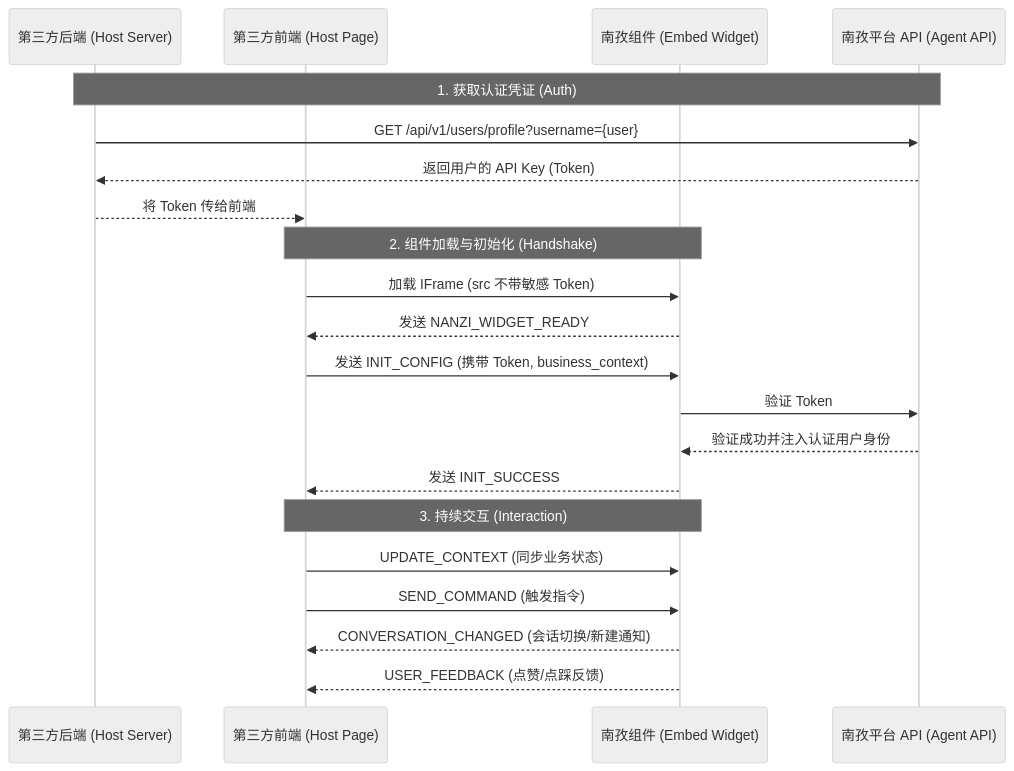
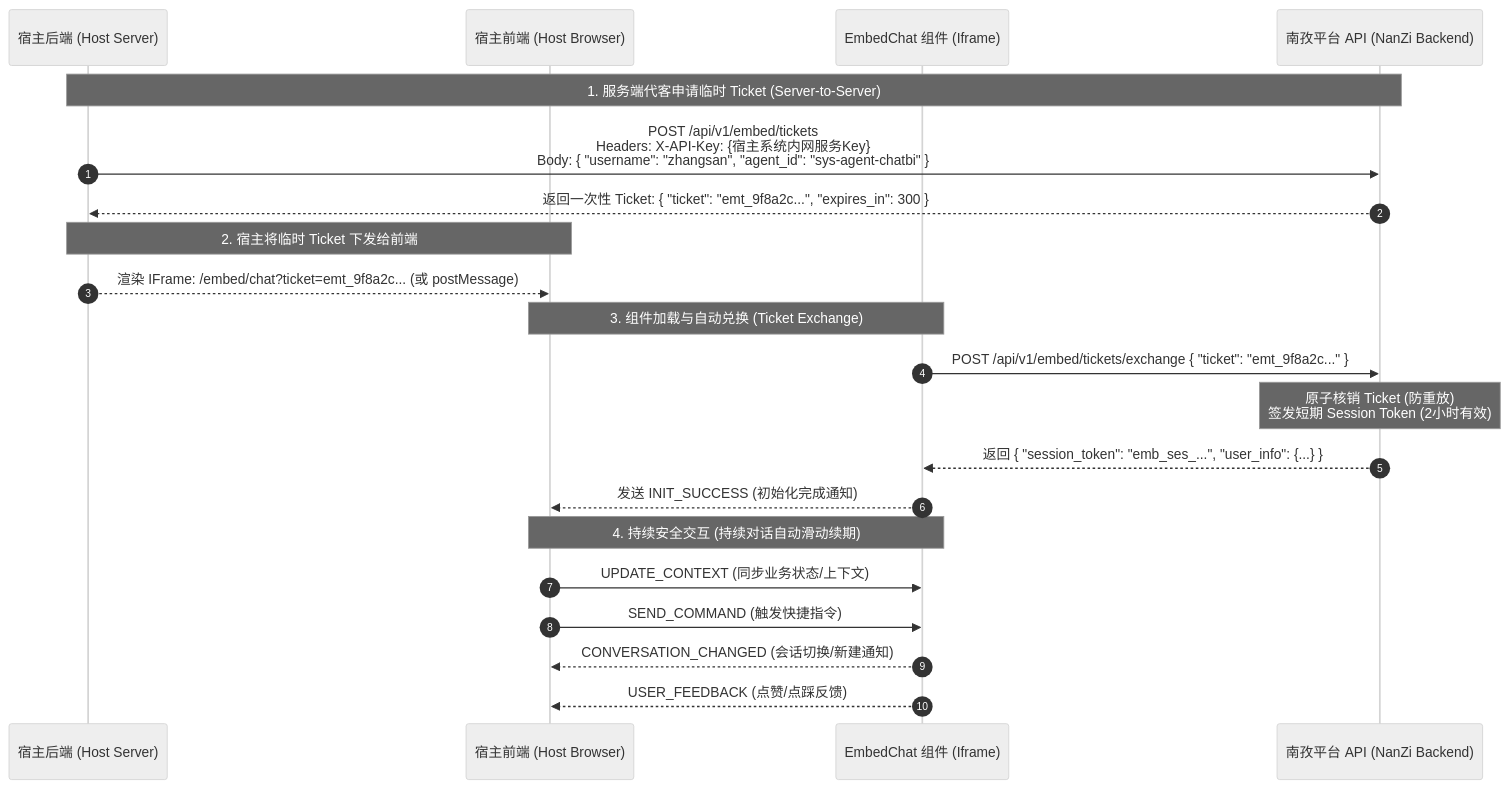
Before and after one commit to CandyACE/nanzi-ai-agent-platform: the diagram in docs/md/embed_integration_guide.md, drawn with Mermaid (neutral theme). The commit also changed other lines of this file and 9 other files, not shown here.

````diff
--- a/docs/md/embed_integration_guide.md
+++ b/docs/md/embed_integration_guide.md
@@ -7,26 +25,27 @@
 ```mermaid
 sequenceDiagram
-    participant S as 第三方后端 (Host Server)
-    participant H as 第三方前端 (Host Page)
-    participant W as 南孜组件 (Embed Widget)
-    participant A as 南孜平台 API (Agent API)
+    autonumber
+    participant S as 宿主后端 (Host Server)
+    participant H as 宿主前端 (Host Browser)
+    participant W as EmbedChat 组件 (Iframe)
+    participant A as 南孜平台 API (NanZi Backend)
 
-    Note over S, A: 1. 获取认证凭证 (Auth)
-    S->>A: GET /api/v1/users/profile?username={user}
-    A-->>S: 返回用户的 API Key (Token)
-    S-->>H: 将 Token 传给前端
+    Note over S, A: 1. 服务端代客申请临时 Ticket (Server-to-Server)
+    S->>A: POST /api/v1/embed/tickets<br/>Headers: X-API-Key: {宿主系统内网服务Key}<br/>Body: { "username": "zhangsan", "agent_id": "sys-agent-chatbi" }
+    A-->>S: 返回一次性 Ticket: { "ticket": "emt_9f8a2c...", "expires_in": 300 }
 
-    Note over H, W: 2. 组件加载与初始化 (Handshake)
-    H->>W: 加载 IFrame (src 不带敏感 Token)
-    W-->>H: 发送 NANZI_WIDGET_READY
-    H->>W: 发送 INIT_CONFIG (携带 Token, business_context)
-    W->>A: 验证 Token
-    A-->>W: 验证成功并注入认证用户身份
-    W-->>H: 发送 INIT_SUCCESS
+    Note over S, H: 2. 宿主将临时 Ticket 下发给前端
+    S-->>H: 渲染 IFrame: /embed/chat?ticket=emt_9f8a2c... (或 postMessage)
 
-    Note over H, W: 3. 持续交互 (Interaction)
-    H->>W: UPDATE_CONTEXT (同步业务状态)
-    H->>W: SEND_COMMAND (触发指令)
+    Note over H, W: 3. 组件加载与自动兑换 (Ticket Exchange)
+    W->>A: POST /api/v1/embed/tickets/exchange { "ticket": "emt_9f8a2c..." }
+    Note over A: 原子核销 Ticket (防重放)<br/>签发短期 Session Token (2小时有效)
+    A-->>W: 返回 { "session_token": "emb_ses_...", "user_info": {...} }
+    W-->>H: 发送 INIT_SUCCESS (初始化完成通知)
+
+    Note over H, W: 4. 持续安全交互 (持续对话自动滑动续期)
+    H->>W: UPDATE_CONTEXT (同步业务状态/上下文)
+    H->>W: SEND_COMMAND (触发快捷指令)
     W-->>H: CONVERSATION_CHANGED (会话切换/新建通知)
     W-->>H: USER_FEEDBACK (点赞/点踩反馈)
 ```
````
